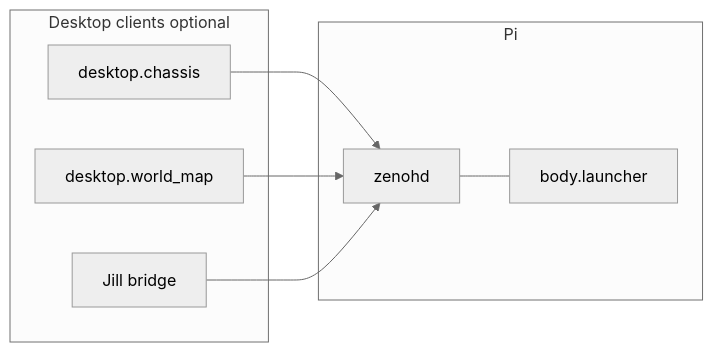
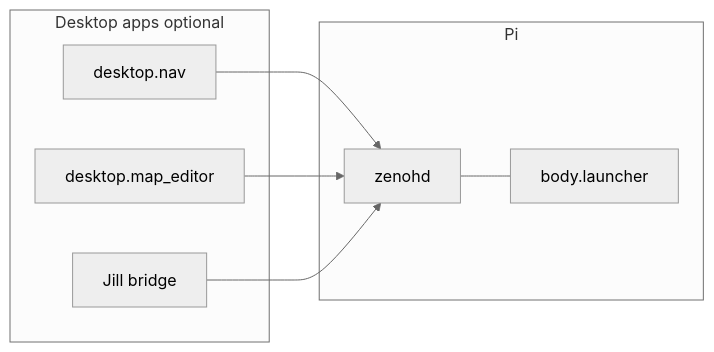
The diagram in README.md (bdambrosio/Body), drawn with Mermaid (neutral theme) before and after one commit. The commit also changed other lines of this file, not shown here.

First line of the commit message:
README: drop retired chassis/world_map app sections; center on the 4 apps

````diff
--- a/README.md
+++ b/README.md
@@ -112,16 +112,16 @@
 ```mermaid
 flowchart LR
   subgraph pi [Pi]
     R[zenohd]
     L[body.launcher]
     R --- L
   end
-  subgraph clients [Desktop clients optional]
-    C[desktop.chassis]
-    W[desktop.world_map]
+  subgraph clients [Desktop apps optional]
+    N[desktop.nav]
+    M[desktop.map_editor]
     J[Jill bridge]
   end
-  C --> R
-  W --> R
+  N --> R
+  M --> R
   J --> R
 ```
````
